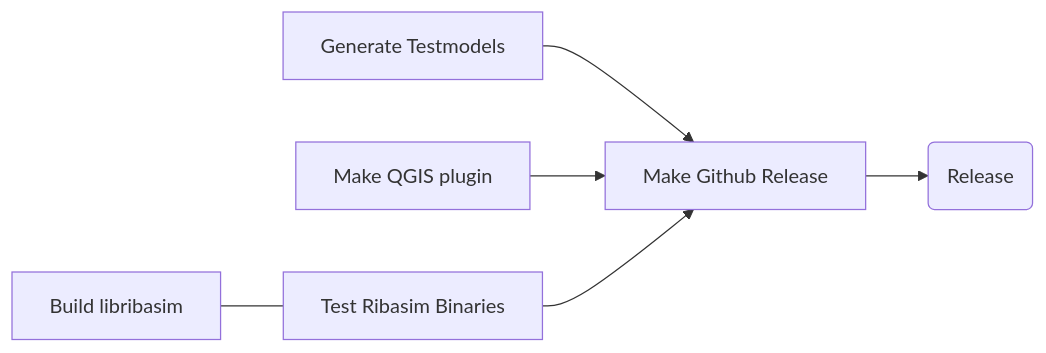
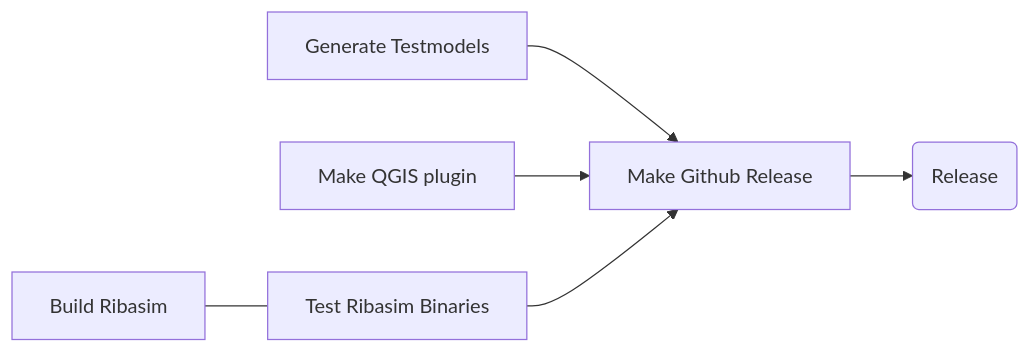
Before and after one commit to Deltares/Ribasim: the third of 3 diagrams in docs/contribute/ci.qmd, drawn with Mermaid. The commit also changed other lines of this file, not shown here.

Commit message:
update callout note and mermaid graph

````diff
--- a/docs/contribute/ci.qmd
+++ b/docs/contribute/ci.qmd
@@ -65,8 +65,8 @@
 ```{mermaid}
 graph LR
     A[Make Github Release]-->B(Release)
     F[Generate Testmodels]-->A
     G[Make QGIS plugin]-->A
-    H[Build libribasim]---D[Test Ribasim Binaries]
+    H[Build Ribasim]---D[Test Ribasim Binaries]
     D-->A
 ```
````
